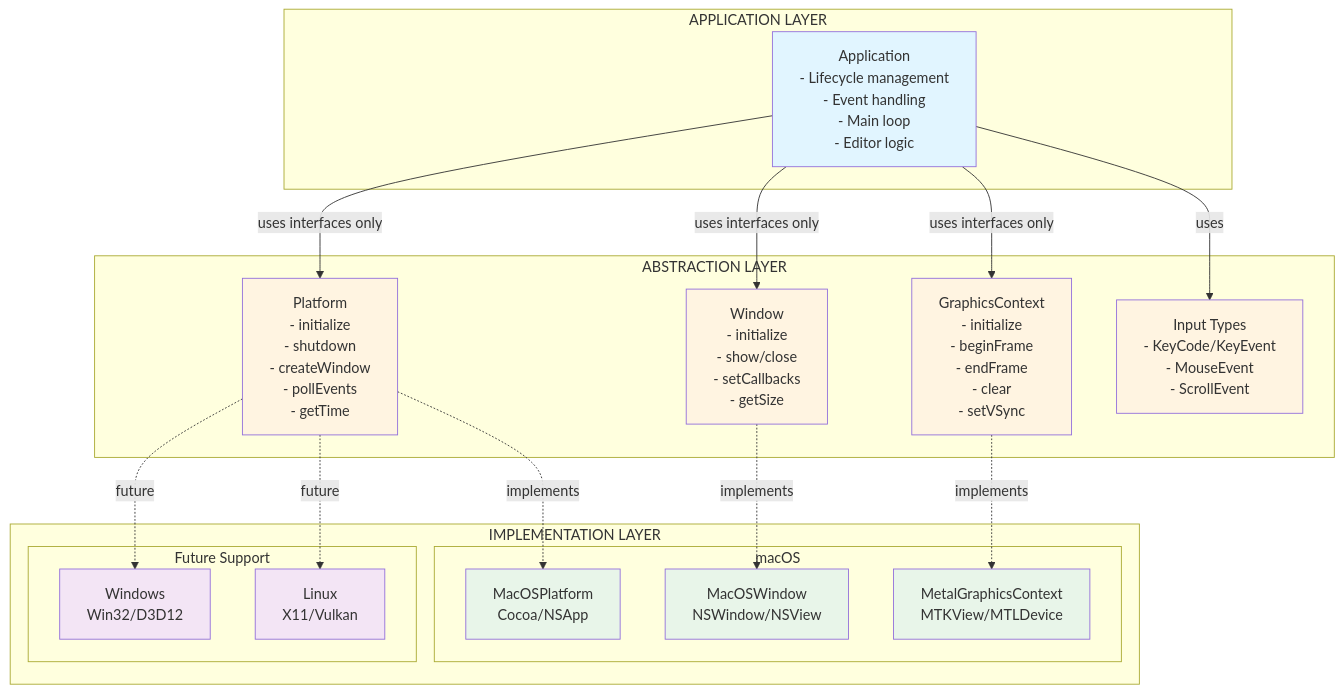
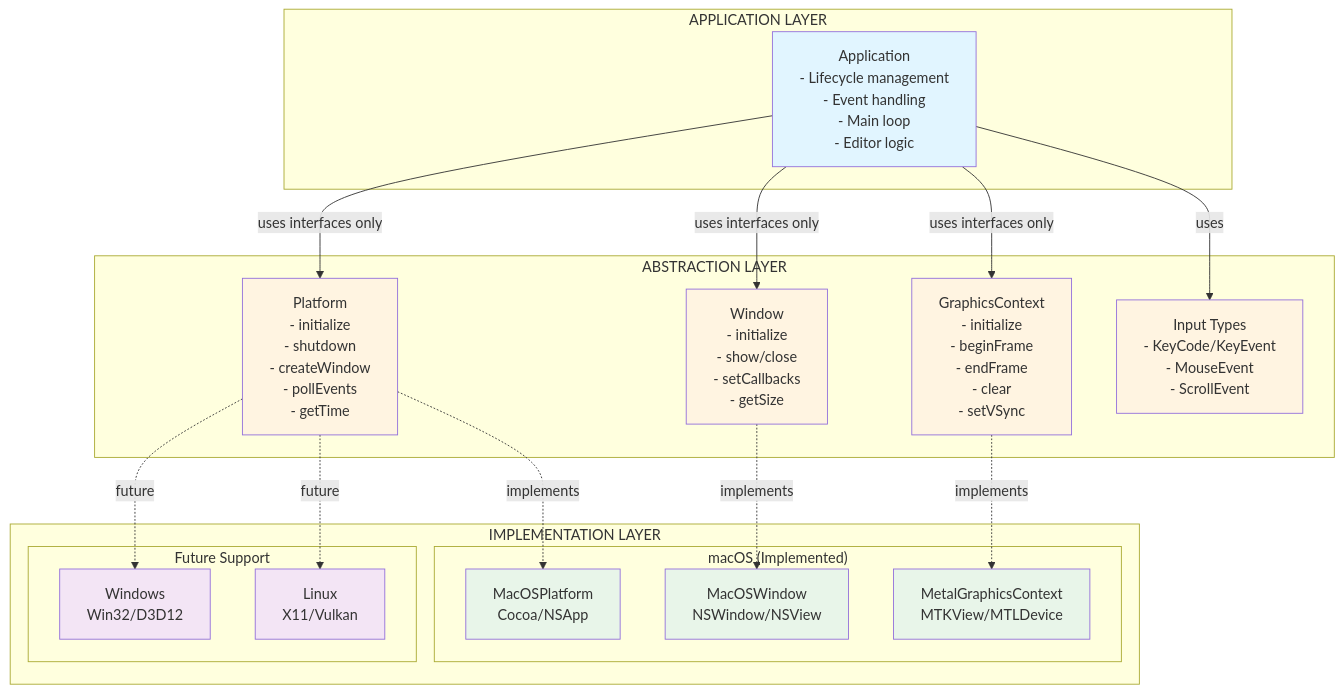
The first of 2 diagrams in README.md (drew-worden/drite), drawn with Mermaid before and after one commit. The commit also changed other lines of this file, not shown here.

````diff
--- a/README.md
+++ b/README.md
@@ -11,49 +25,49 @@
 ```mermaid
 graph TB
     subgraph Application["APPLICATION LAYER"]
         App[Application<br/>- Lifecycle management<br/>- Event handling<br/>- Main loop<br/>- Editor logic]
     end
 
     subgraph Abstraction["ABSTRACTION LAYER"]
         Platform[Platform<br/>- initialize<br/>- shutdown<br/>- createWindow<br/>- pollEvents<br/>- getTime]
         Window[Window<br/>- initialize<br/>- show/close<br/>- setCallbacks<br/>- getSize]
         Graphics[GraphicsContext<br/>- initialize<br/>- beginFrame<br/>- endFrame<br/>- clear<br/>- setVSync]
         Input[Input Types<br/>- KeyCode/KeyEvent<br/>- MouseEvent<br/>- ScrollEvent]
     end
 
     subgraph Implementation["IMPLEMENTATION LAYER"]
-        subgraph macOS["macOS"]
+        subgraph macOS["macOS (Implemented)"]
             MacPlatform[MacOSPlatform<br/>Cocoa/NSApp]
             MacWindow[MacOSWindow<br/>NSWindow/NSView]
             Metal[MetalGraphicsContext<br/>MTKView/MTLDevice]
         end
 
         subgraph Future["Future Support"]
             Win[Windows<br/>Win32/D3D12]
             Linux[Linux<br/>X11/Vulkan]
         end
     end
 
     App -->|uses interfaces only| Platform
     App -->|uses interfaces only| Window
     App -->|uses interfaces only| Graphics
     App -->|uses| Input
 
     Platform -.->|implements| MacPlatform
     Window -.->|implements| MacWindow
     Graphics -.->|implements| Metal
 
     Platform -.->|future| Win
     Platform -.->|future| Linux
 
     style App fill:#e1f5ff
     style Platform fill:#fff4e1
     style Window fill:#fff4e1
     style Graphics fill:#fff4e1
     style Input fill:#fff4e1
     style MacPlatform fill:#e8f5e9
     style MacWindow fill:#e8f5e9
     style Metal fill:#e8f5e9
     style Win fill:#f3e5f5
     style Linux fill:#f3e5f5
 ```
````
